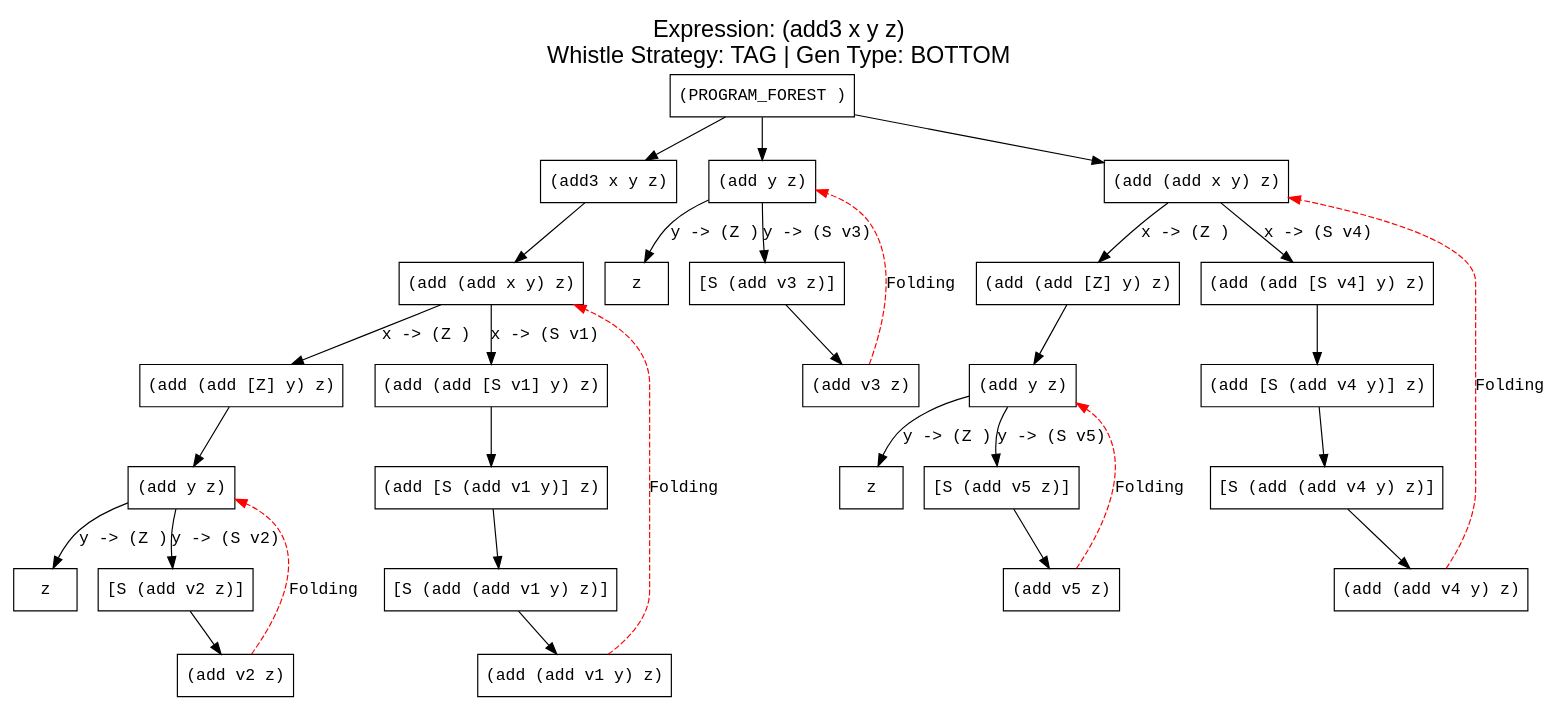
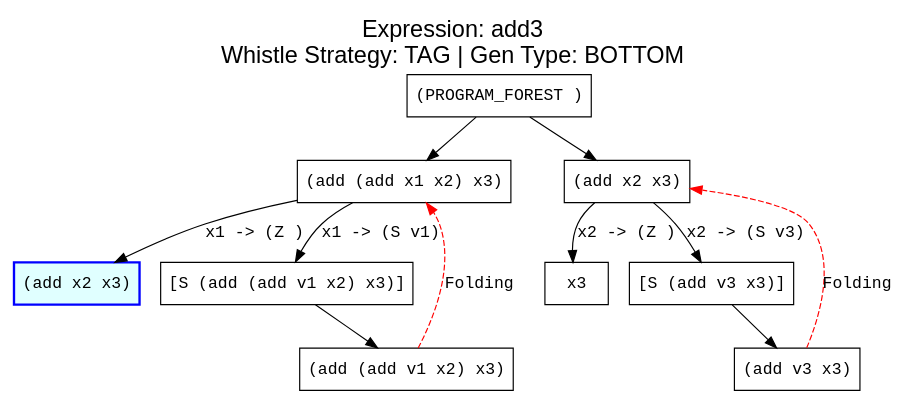
One commit to makezh/coursework_supercompiler changed the diagram in output/test3_add3/tag_bottom.dot. Above: the diagram before and after it, drawn with Graphviz. The commit also changed 5 other files, not shown here.

```diff
--- a/output/test3_add3/tag_bottom.dot
+++ b/output/test3_add3/tag_bottom.dot
@@ -1,65 +1,28 @@
 digraph ProcessTree {
-  label="Expression: (add3 x y z)\nWhistle Strategy: TAG | Gen Type: BOTTOM";
+  label="Expression: add3\nWhistle Strategy: TAG | Gen Type: BOTTOM";
   labelloc="t";
   fontsize=20;
   fontname="Arial";
 
     node [fontname="Courier New"];
     edge [fontname="Courier New"];
     n0 [label="(PROGRAM_FOREST )", shape=box];
     n0 -> n1 [label=""];
     n0 -> n2 [label=""];
-    n0 -> n3 [label=""];
-    n1 [label="(add3 x y z)", shape=box];
-    n1 -> n4 [label=""];
-    n2 [label="(add y z)", shape=box];
-    n2 -> n5 [label="y -> (Z )"];
-    n2 -> n6 [label="y -> (S v3)"];
-    n3 [label="(add (add x y) z)", shape=box];
-    n3 -> n7 [label="x -> (Z )"];
-    n3 -> n8 [label="x -> (S v4)"];
-    n4 [label="(add (add x y) z)", shape=box];
-    n4 -> n9 [label="x -> (Z )"];
-    n4 -> n10 [label="x -> (S v1)"];
-    n5 [label="z", shape=box];
-    n6 [label="[S (add v3 z)]", shape=box];
-    n6 -> n11 [label=""];
-    n7 [label="(add (add [Z] y) z)", shape=box];
-    n7 -> n12 [label=""];
-    n8 [label="(add (add [S v4] y) z)", shape=box];
-    n8 -> n13 [label=""];
-    n9 [label="(add (add [Z] y) z)", shape=box];
-    n9 -> n14 [label=""];
-    n10 [label="(add (add [S v1] y) z)", shape=box];
-    n10 -> n15 [label=""];
-    n11 [label="(add v3 z)", shape=box];
-    n11 -> n2 [style=dashed, color=red, label="Folding"];
-    n12 [label="(add y z)", shape=box];
-    n12 -> n16 [label="y -> (Z )"];
-    n12 -> n17 [label="y -> (S v5)"];
-    n13 [label="(add [S (add v4 y)] z)", shape=box];
-    n13 -> n18 [label=""];
-    n14 [label="(add y z)", shape=box];
-    n14 -> n19 [label="y -> (Z )"];
-    n14 -> n20 [label="y -> (S v2)"];
-    n15 [label="(add [S (add v1 y)] z)", shape=box];
-    n15 -> n21 [label=""];
-    n16 [label="z", shape=box];
-    n17 [label="[S (add v5 z)]", shape=box];
-    n17 -> n22 [label=""];
-    n18 [label="[S (add (add v4 y) z)]", shape=box];
-    n18 -> n23 [label=""];
-    n19 [label="z", shape=box];
-    n20 [label="[S (add v2 z)]", shape=box];
-    n20 -> n24 [label=""];
-    n21 [label="[S (add (add v1 y) z)]", shape=box];
-    n21 -> n25 [label=""];
-    n22 [label="(add v5 z)", shape=box];
-    n22 -> n12 [style=dashed, color=red, label="Folding"];
-    n23 [label="(add (add v4 y) z)", shape=box];
-    n23 -> n3 [style=dashed, color=red, label="Folding"];
-    n24 [label="(add v2 z)", shape=box];
-    n24 -> n14 [style=dashed, color=red, label="Folding"];
-    n25 [label="(add (add v1 y) z)", shape=box];
-    n25 -> n4 [style=dashed, color=red, label="Folding"];
+    n1 [label="(add (add x1 x2) x3)", shape=box];
+    n1 -> n3 [label="x1 -> (Z )"];
+    n1 -> n4 [label="x1 -> (S v1)"];
+    n2 [label="(add x2 x3)", shape=box];
+    n2 -> n5 [label="x2 -> (Z )"];
+    n2 -> n6 [label="x2 -> (S v3)"];
+    n3 [label="(add x2 x3)", shape=box, style="filled", fillcolor="lightcyan", color="blue", penwidth=2.0];
+    n4 [label="[S (add (add v1 x2) x3)]", shape=box];
+    n4 -> n7 [label=""];
+    n5 [label="x3", shape=box];
+    n6 [label="[S (add v3 x3)]", shape=box];
+    n6 -> n8 [label=""];
+    n7 [label="(add (add v1 x2) x3)", shape=box];
+    n7 -> n1 [style=dashed, color=red, label="Folding"];
+    n8 [label="(add v3 x3)", shape=box];
+    n8 -> n2 [style=dashed, color=red, label="Folding"];
 }
```
